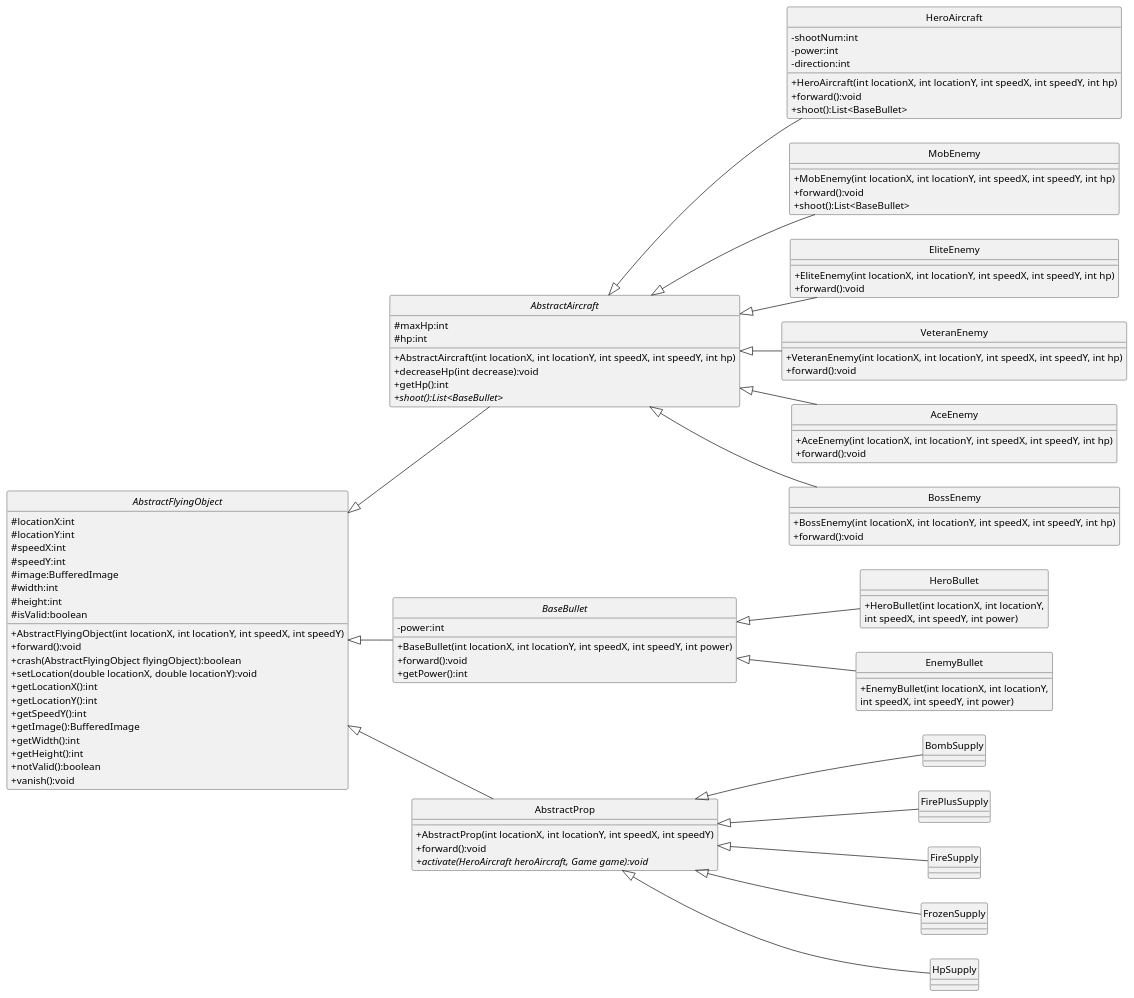
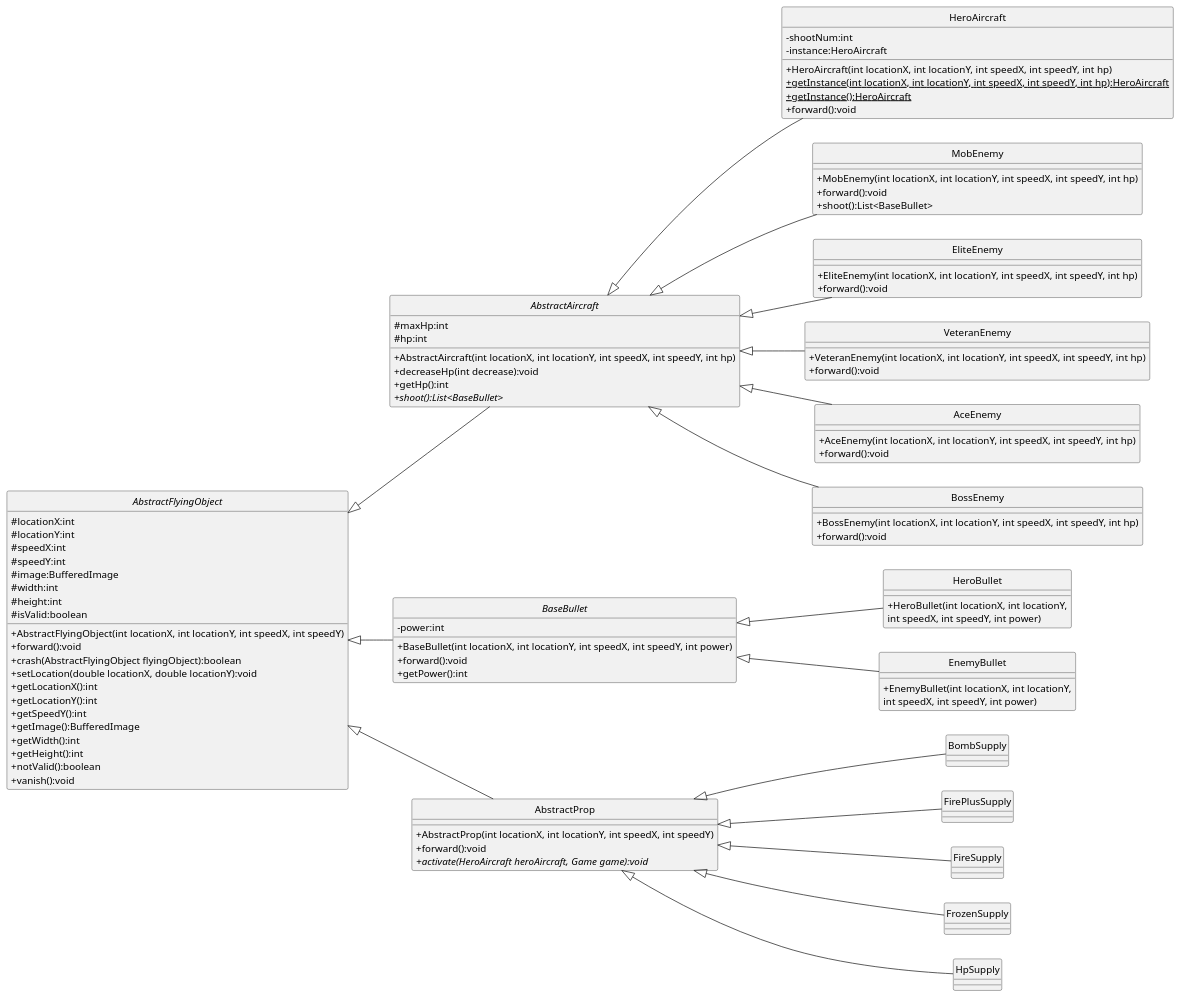
One commit to go1112/AircraftWar changed the diagram in uml/Inheritence.puml. Above: the diagram before and after it, drawn with PlantUML. The commit also changed 2 other files, not shown here.

Commit message:
完善单例模式和简单工厂模式的UML类图

```diff
--- a/uml/Inheritence.puml
+++ b/uml/Inheritence.puml
@@ -1,144 +1,144 @@
 @startuml
 'https://plantuml.com/class-diagram
 skinparam classAttributeIconSize 0
 skinparam Style strictuml
 left to right direction
 abstract class AbstractFlyingObject{
     # locationX:int
     # locationY:int
     # speedX:int
     # speedY:int
     # image:BufferedImage
     # width:int
     # height:int
     # isValid:boolean
 
     + AbstractFlyingObject(int locationX, int locationY, int speedX, int speedY)
     + forward():void
     + crash(AbstractFlyingObject flyingObject):boolean
     + setLocation(double locationX, double locationY):void
     + getLocationX():int
     + getLocationY():int
     + getSpeedY():int
     + getImage():BufferedImage
     + getWidth():int
     + getHeight():int
     + notValid():boolean
     + vanish():void
 }
 abstract class AbstractAircraft
 {
     # maxHp:int
     # hp:int
     + AbstractAircraft(int locationX, int locationY, int speedX, int speedY, int hp)
     + decreaseHp(int decrease):void
     + getHp():int
     + {abstract} shoot():List<BaseBullet>
 }
 
 
 class HeroAircraft {
     - shootNum:int
-    - power:int
-    - direction:int
+    - instance:HeroAircraft
     + HeroAircraft(int locationX, int locationY, int speedX, int speedY, int hp)
+    + {static} getInstance(int locationX, int locationY, int speedX, int speedY, int hp):HeroAircraft
+    + {static} getInstance():HeroAircraft
     + forward():void
-    + shoot():List<BaseBullet>
 }
 
 AbstractAircraft <|-- HeroAircraft
 
 class MobEnemy {
     + MobEnemy(int locationX, int locationY, int speedX, int speedY, int hp)
     + forward():void
     + shoot():List<BaseBullet>
 }
 AbstractAircraft <|-- MobEnemy
 
 class EliteEnemy{
     + EliteEnemy(int locationX, int locationY, int speedX, int speedY, int hp)
     + forward():void
 }
 AbstractAircraft <|-- EliteEnemy
 
 class VeteranEnemy{
     + VeteranEnemy(int locationX, int locationY, int speedX, int speedY, int hp)
     + forward():void
 }
 
 AbstractAircraft <|-- VeteranEnemy
 
 class AceEnemy{
     + AceEnemy(int locationX, int locationY, int speedX, int speedY, int hp)
     + forward():void
 }
 
 AbstractAircraft <|-- AceEnemy
 
 class BossEnemy{
     + BossEnemy(int locationX, int locationY, int speedX, int speedY, int hp)
     + forward():void
 }
 
 AbstractAircraft <|-- BossEnemy
 
 abstract class BaseBullet
 {
     - power:int
     + BaseBullet(int locationX, int locationY, int speedX, int speedY, int power)
     + forward():void
     + getPower():int
 }
 
 class HeroBullet {
     + HeroBullet(int locationX, int locationY,
     int speedX, int speedY, int power)
 }
 
 class EnemyBullet {
     + EnemyBullet(int locationX, int locationY,
     int speedX, int speedY, int power)
 }
 
 BaseBullet <|-- HeroBullet
 BaseBullet <|-- EnemyBullet
 
 
 class AbstractProp{
     + AbstractProp(int locationX, int locationY, int speedX, int speedY)
     + forward():void
     + {abstract} activate(HeroAircraft heroAircraft, Game game):void
 
 }
 
 class BombSupply{
 
 }
 AbstractProp <|-- BombSupply
 
 class FirePlusSupply{
 
 }
 AbstractProp <|-- FirePlusSupply
 
 class FireSupply{
 
 }
 AbstractProp <|-- FireSupply
 
 class FrozenSupply{
 
 }
 AbstractProp <|-- FrozenSupply
 
 class HpSupply{
 
 }
 AbstractProp <|-- HpSupply
 
 
 AbstractFlyingObject <|-- AbstractAircraft
 AbstractFlyingObject <|-- BaseBullet
 AbstractFlyingObject <|-- AbstractProp
 
 @enduml
```
